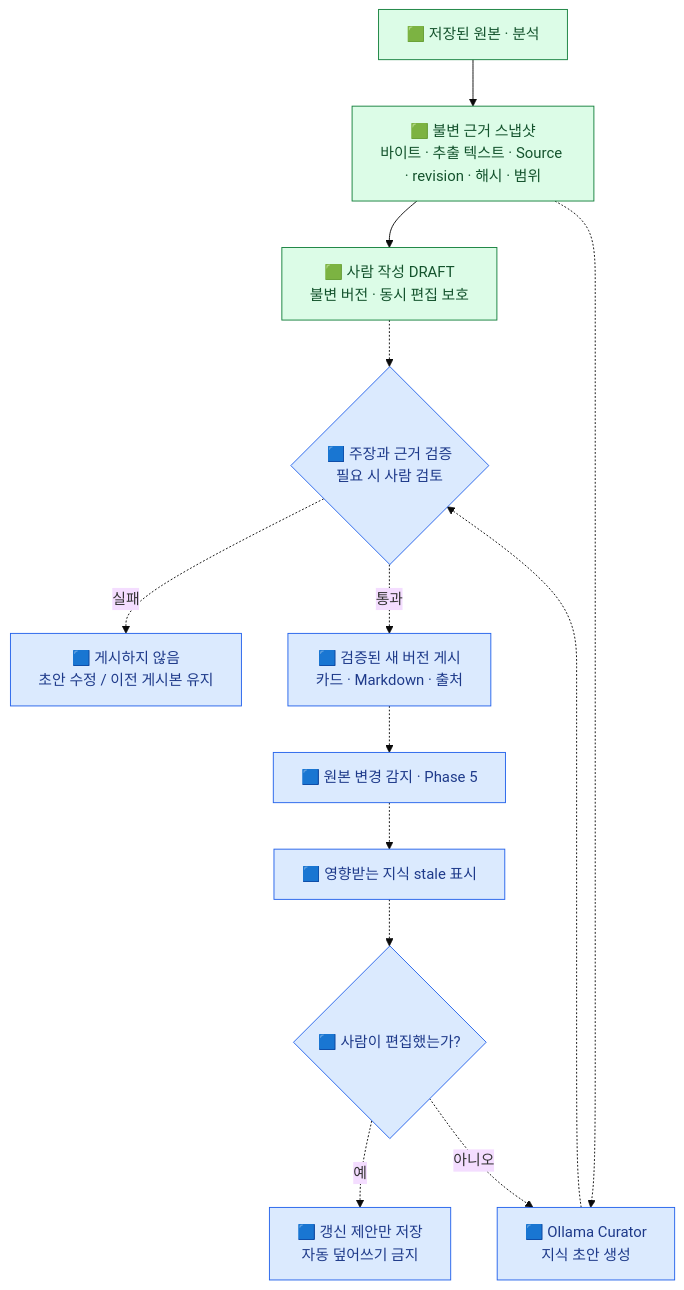
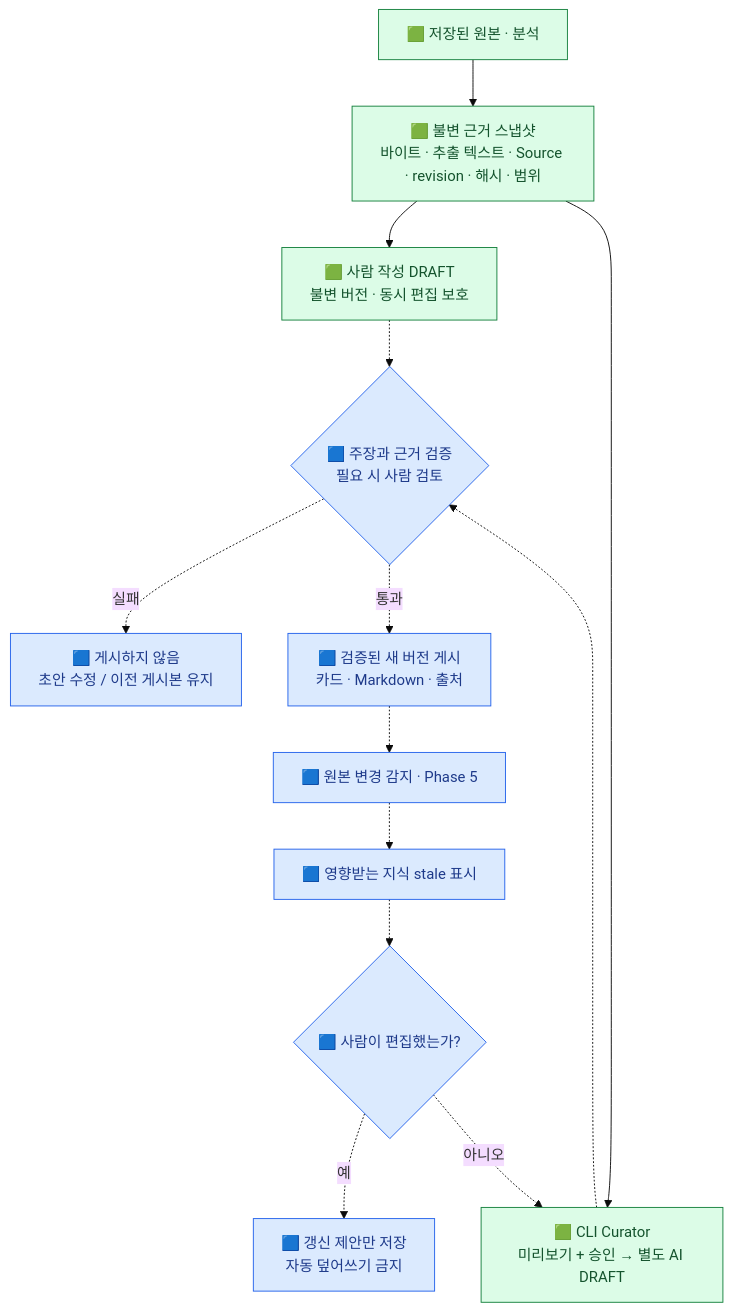
One commit to thisisnew/dougle changed the fourth of 5 diagrams in docs/design-map.md. Above: the diagram before and after it, drawn with Mermaid (base theme). The commit also changed other lines of this file and 25 other files, not shown here.

````diff
--- a/docs/design-map.md
+++ b/docs/design-map.md
@@ -157,30 +157,30 @@
 ```mermaid
 flowchart TD
     RAW["🟩 저장된 원본 · 분석"]
     EVID["🟩 불변 근거 스냅샷<br/>바이트 · 추출 텍스트 · Source · revision · 해시 · 범위"]
     MANUAL["🟩 사람 작성 DRAFT<br/>불변 버전 · 동시 편집 보호"]
-    DRAFT["🟦 Ollama Curator<br/>지식 초안 생성"]
+    DRAFT["🟩 CLI Curator<br/>미리보기 + 승인 → 별도 AI DRAFT"]
     CHECK{"🟦 주장과 근거 검증<br/>필요 시 사람 검토"}
     FAIL["🟦 게시하지 않음<br/>초안 수정 / 이전 게시본 유지"]
     PUB["🟦 검증된 새 버전 게시<br/>카드 · Markdown · 출처"]
     CHANGE["🟦 원본 변경 감지 · Phase 5"]
     STALE["🟦 영향받는 지식 stale 표시"]
     HUMAN{"🟦 사람이 편집했는가?"}
     PROPOSE["🟦 갱신 제안만 저장<br/>자동 덮어쓰기 금지"]
     RAW --> EVID
     EVID --> MANUAL
     MANUAL -.-> CHECK
-    EVID -.-> DRAFT
+    EVID --> DRAFT
     DRAFT -.-> CHECK
     CHECK -. 실패 .-> FAIL
     CHECK -. 통과 .-> PUB
     PUB -.-> CHANGE
     CHANGE -.-> STALE
     STALE -.-> HUMAN
     HUMAN -. 예 .-> PROPOSE
     HUMAN -. 아니오 .-> DRAFT
     classDef done fill:#dcfce7,stroke:#15803d,color:#14532d
     classDef planned fill:#dbeafe,stroke:#2563eb,color:#1e3a8a
-    class RAW,EVID,MANUAL done
-    class DRAFT,CHECK,FAIL,PUB,CHANGE,STALE,HUMAN,PROPOSE planned
+    class RAW,EVID,MANUAL,DRAFT done
+    class CHECK,FAIL,PUB,CHANGE,STALE,HUMAN,PROPOSE planned
 ```
````
